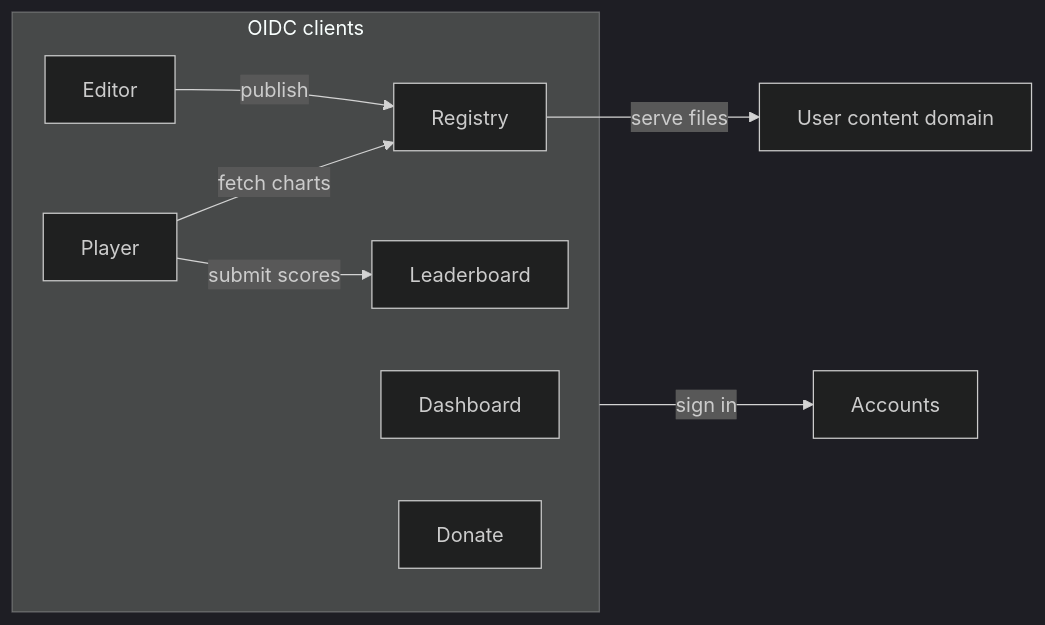
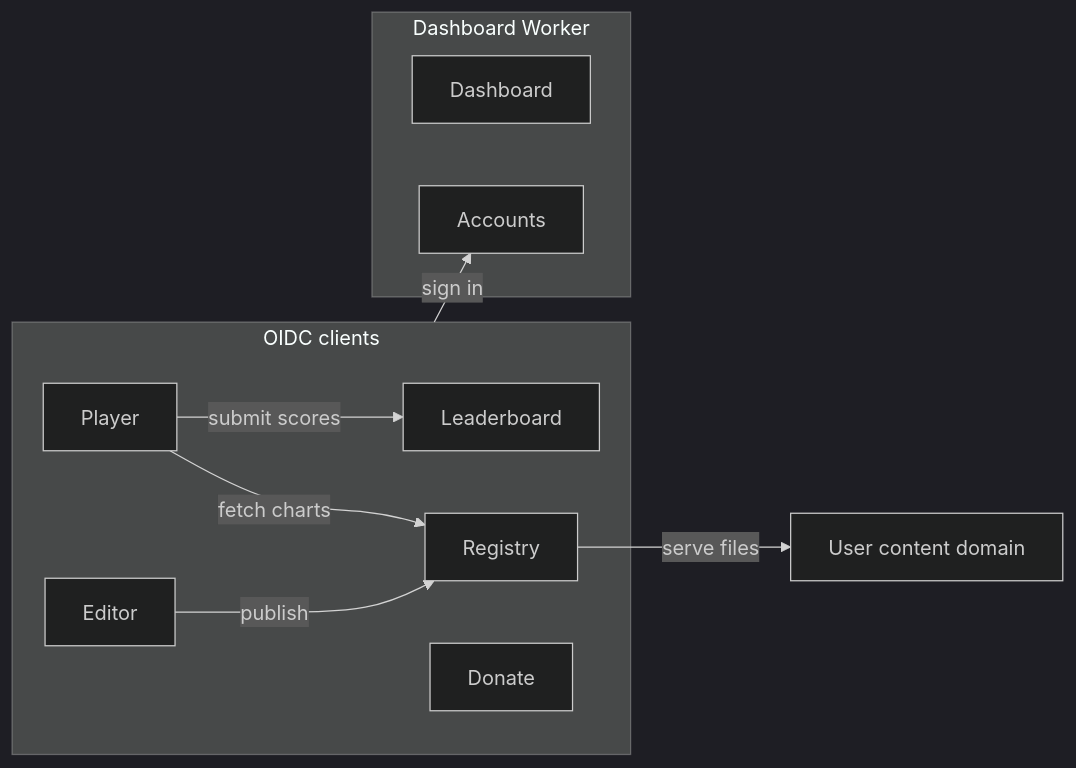
The first of 3 diagrams in docs/services.md (nulltask/be-music), drawn with Mermaid (dark theme) before and after one commit. The commit also changed other lines of this file and 77 other files, not shown here.

First line of the commit message:
feat(dashboard): run Accounts in the Dashboard Worker

````diff
--- a/docs/services.md
+++ b/docs/services.md
@@ -22,17 +22,19 @@
 ```mermaid
 flowchart LR
   subgraph clients[OIDC clients]
-    H[Dashboard]
     P[Player]
     L[Leaderboard]
     R[Registry]
     E[Editor]
     D[Donate]
   end
-  A[Accounts]
+  subgraph worker[Dashboard Worker]
+    H[Dashboard]
+    A[Accounts]
+  end
   clients -->|sign in| A
   E -->|publish| R
   P -->|fetch charts| R
   P -->|submit scores| L
   R -->|serve files| C[User content domain]
 ```
````
